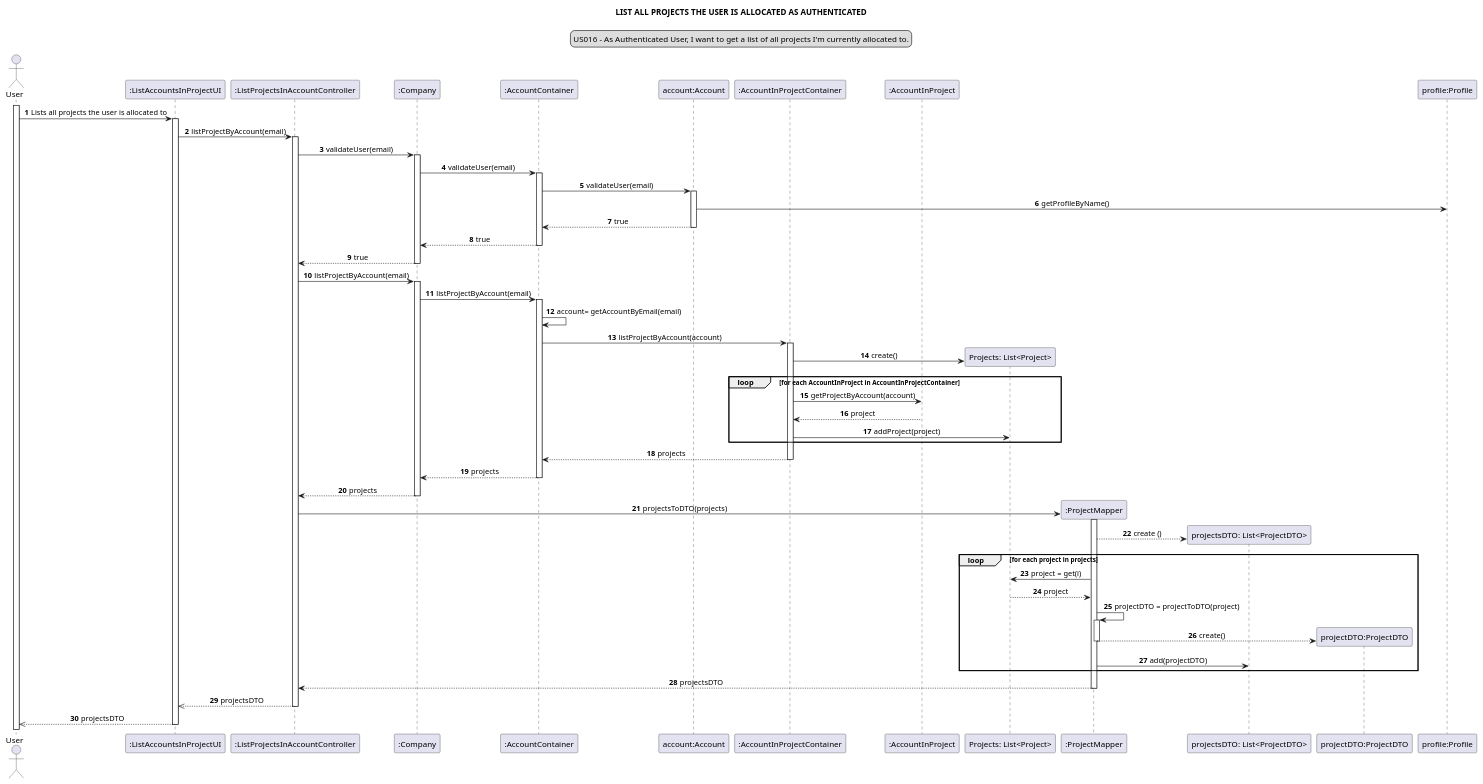
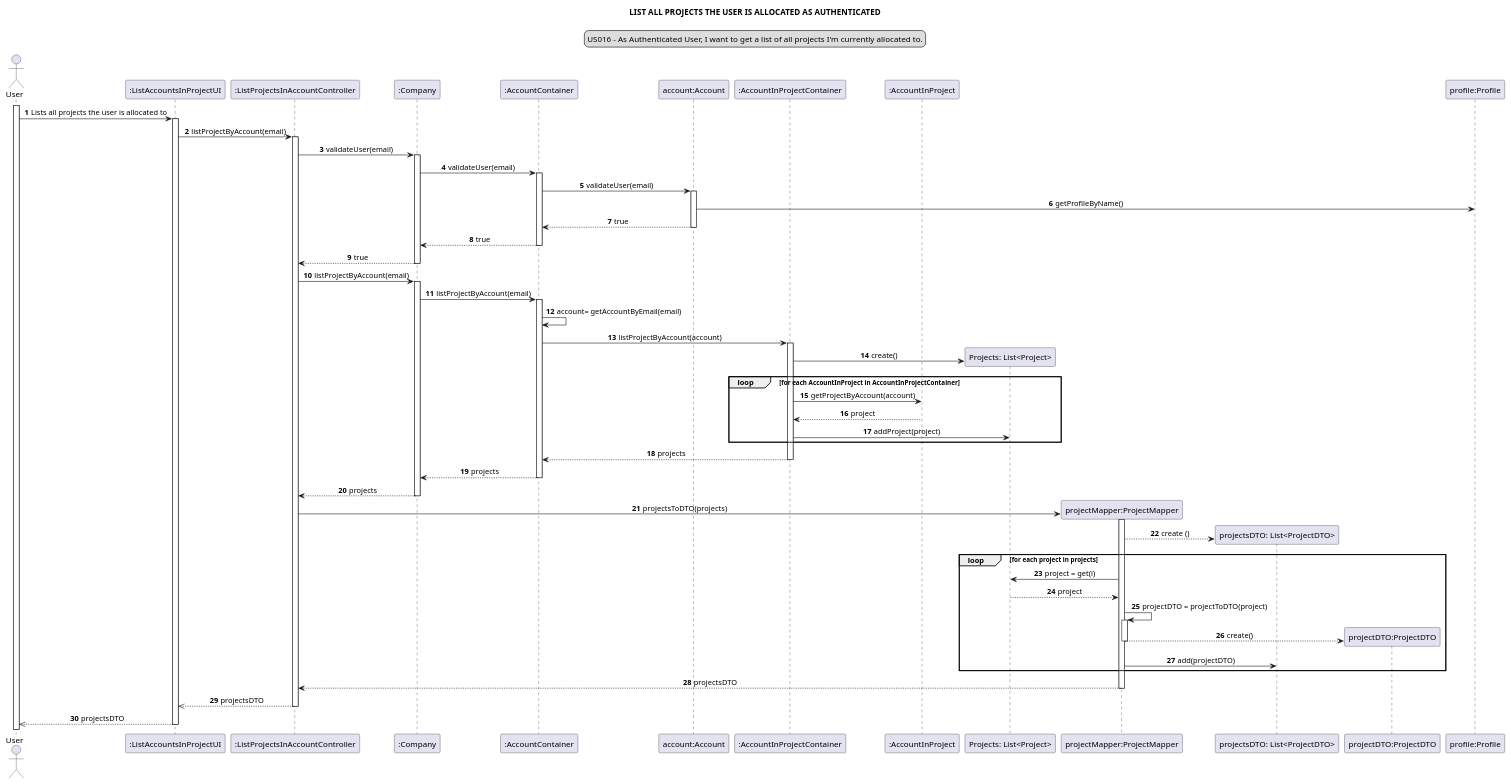
The diagram in docs/modelling_design/user_stories/sprint02/us016/US016_sequenceDiagram.puml (Loracline/project_switch_22-23), drawn with PlantUML before and after one commit. The commit also changed 4 other files, not shown here.

```diff
--- a/docs/modelling_design/user_stories/sprint02/us016/US016_sequenceDiagram.puml
+++ b/docs/modelling_design/user_stories/sprint02/us016/US016_sequenceDiagram.puml
@@ -1,89 +1,89 @@
 @startuml
 skinparam sequenceMessageAlign center
 title LIST ALL PROJECTS THE USER IS ALLOCATED AS AUTHENTICATED
 legend top
 US016 - As Authenticated User, I want to get a list of all projects I'm currently allocated to.
 end legend
 autonumber
 actor User
 participant ":ListAccountsInProjectUI" as ui
 participant ":ListProjectsInAccountController" as controller
 participant ":Company" as company
 participant ":AccountContainer" as container
 
 participant "account:Account" as acc
 participant ":AccountInProjectContainer" as aipc
 participant ":AccountInProject" as aip
 participant "Projects: List<Project>" as list
-participant ":ProjectMapper" as mapper
+participant "projectMapper:ProjectMapper" as mapper
 participant "projectsDTO: List<ProjectDTO>" as listdto
 participant "projectDTO:ProjectDTO" as DTO
 participant "profile:Profile" as pf
 
 activate User
 User -> ui: Lists all projects the user is allocated to
 activate ui
 ui -> controller: listProjectByAccount(email)
 activate controller
 controller -> company: validateUser(email)
 activate company
 
 company -> container: validateUser(email)
 activate container
 container -> acc: validateUser(email)
 activate acc
 acc -> pf: getProfileByName()
 acc-->container : true
 deactivate acc
 container--> company: true
 deactivate container
 company --> controller: true
 deactivate company
 controller -> company: listProjectByAccount(email)
 activate company
 company -> container : listProjectByAccount(email)
 activate container
 container -> container : account= getAccountByEmail(email)
 container -> aipc : listProjectByAccount(account)
 activate aipc
 
 create list
 aipc -> list :create()
 loop for each AccountInProject in AccountInProjectContainer
 aipc -> aip : getProjectByAccount(account)
 aip --> aipc : project
 aipc -> list : addProject(project)
 end loop
 aipc --> container : projects
 deactivate aipc
 container --> company : projects
 deactivate container
 
 deactivate container
 
 company --> controller : projects
 deactivate company
 create mapper
 controller -> mapper: projectsToDTO(projects)
 deactivate company
 activate mapper
 create listdto
 mapper --> listdto : create ()
 loop for each project in projects
 mapper -> list: project = get(i)
 list --> mapper: project
 deactivate aipc
 mapper -> mapper : projectDTO = projectToDTO(project)
 activate mapper
 create DTO
 mapper --> DTO : create()
 deactivate mapper
 mapper -> listdto :add(projectDTO)
 end loop
 mapper --> controller :projectsDTO
 deactivate mapper
 controller -->> ui: projectsDTO
 deactivate controller
 ui -->> User: projectsDTO
 deactivate ui
 @enduml
```
